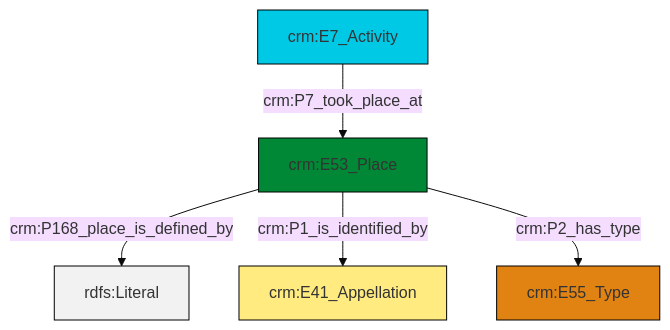
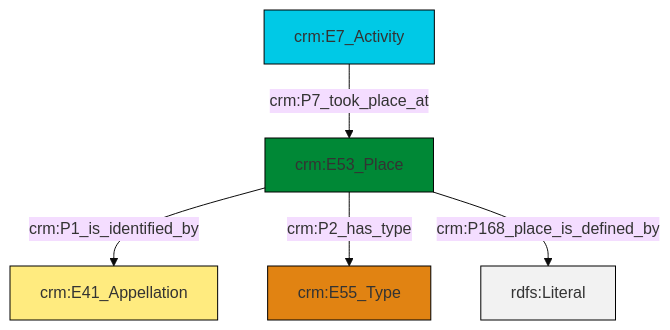
Before and after one commit to swiss-art-research-net/reference-data-models: the diagram in et/eventCSV/ttl/mmd/event_location.ttl.mmd, drawn with Mermaid (base theme). The commit also changed 130 other files, not shown here.

```diff
--- a/et/eventCSV/ttl/mmd/event_location.ttl.mmd
+++ b/et/eventCSV/ttl/mmd/event_location.ttl.mmd
@@ -1,19 +1,19 @@
 graph TD
 classDef Literal fill:#f2f2f2,stroke:#000000;
 classDef CRM_Entity fill:#FFFFFF,stroke:#000000;
 classDef Temporal_Entity fill:#00C9E6, stroke:#000000;
 classDef Type fill:#E18312, stroke:#000000;
 classDef Time-Span fill:#2C9C91, stroke:#000000;
 classDef Appellation fill:#FFEB7F, stroke:#000000;
 classDef Place fill:#008836, stroke:#000000;
 classDef Persistent_Item fill:#B266B2, stroke:#000000;
 classDef Conceptual_Object fill:#FFD700, stroke:#000000;
 classDef Physical_Thing fill:#D2B48C, stroke:#000000;
 classDef Actor fill:#f58aad, stroke:#000000;
 classDef PC_Classes fill:#4ce600, stroke:#000000;
 classDef Multi fill:#cccccc,stroke:#000000;
 
-0["crm:E53_Place"]:::Place -->|crm:P168_place_is_defined_by| 1[rdfs:Literal]:::Literal
-0["crm:E53_Place"]:::Place -->|crm:P1_is_identified_by| 2["crm:E41_Appellation"]:::Appellation
-5["crm:E7_Activity"]:::Temporal_Entity -->|crm:P7_took_place_at| 0["crm:E53_Place"]:::Place
-0["crm:E53_Place"]:::Place -->|crm:P2_has_type| 7["crm:E55_Type"]:::Type
+0["crm:E53_Place"]:::Place -->|crm:P1_is_identified_by| 1["crm:E41_Appellation"]:::Appellation
+4["crm:E7_Activity"]:::Temporal_Entity -->|crm:P7_took_place_at| 0["crm:E53_Place"]:::Place
+0["crm:E53_Place"]:::Place -->|crm:P2_has_type| 2["crm:E55_Type"]:::Type
+0["crm:E53_Place"]:::Place -->|crm:P168_place_is_defined_by| 5[rdfs:Literal]:::Literal
```
